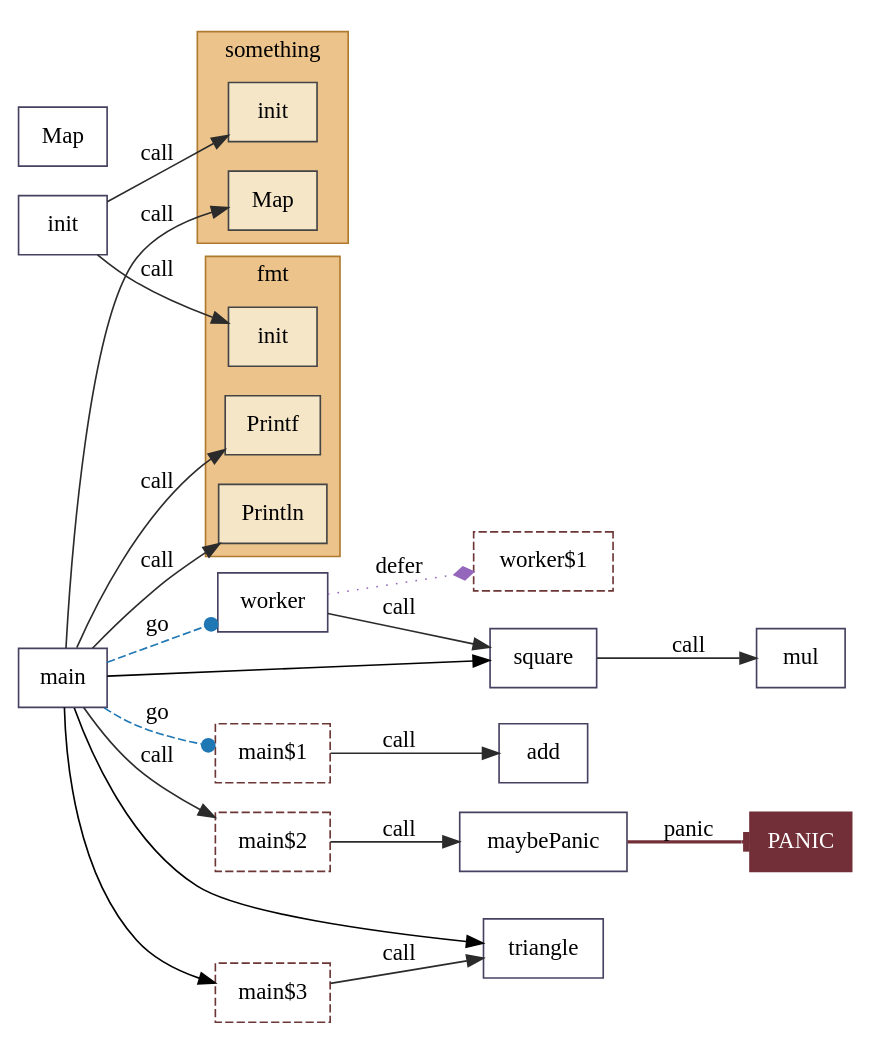
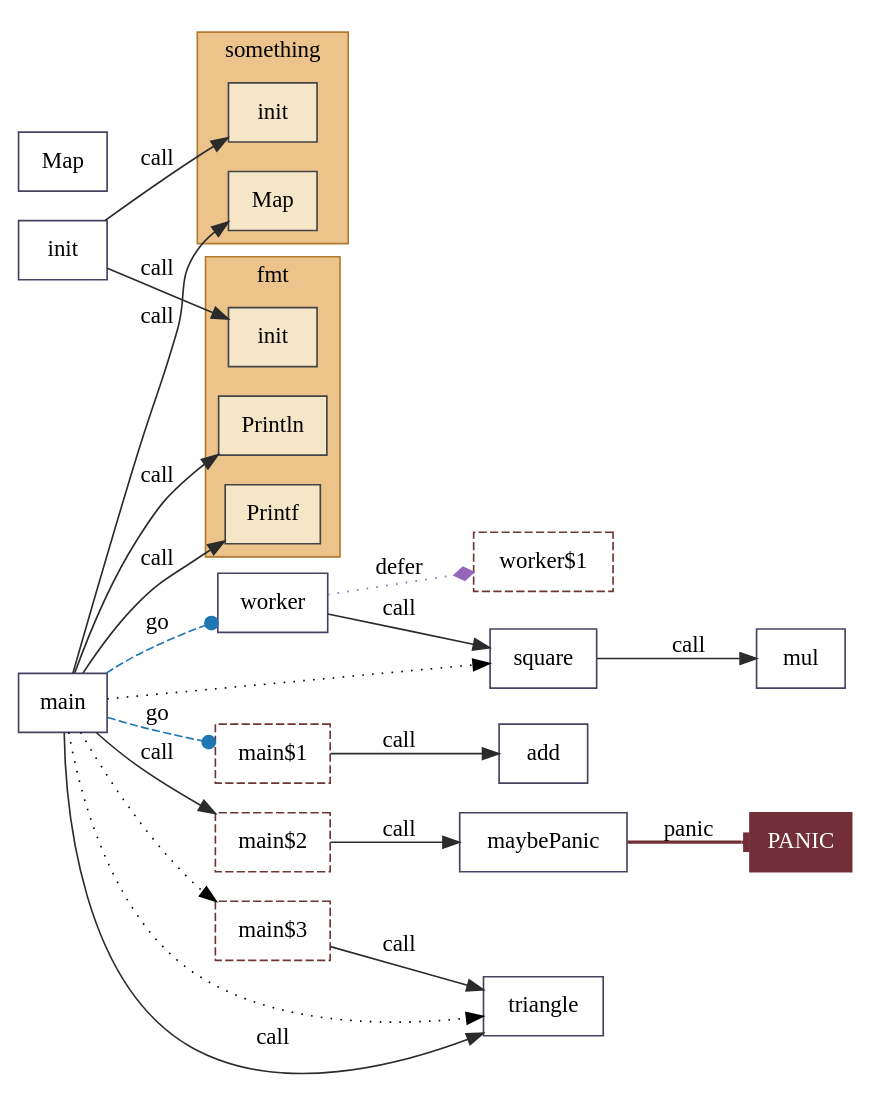
Before and after one commit to KeithFarrugia/go-callstat: the diagram in output/dotfiles/example.com_depusagetest.dot, drawn with Graphviz. The commit also changed 11 other files, not shown here.

```diff
--- a/output/dotfiles/example.com_depusagetest.dot
+++ b/output/dotfiles/example.com_depusagetest.dot
@@ -1,56 +1,57 @@
 digraph "" {
   rankdir=LR;
   subgraph "cluster_example.com/depusagetest/something" {
     label="something";
     color="#af7a2e";
     fillcolor="#ebc38b";
     labelfontname="Cascadia-Mono";
     style="filled";
     tooltip="example.com/depusagetest/something";
-    "ext_4577" [color="#444444", fillcolor="#f5e6c8", label="init", shape="box", style="filled", tooltip="example.com/depusagetest/something.init"];
-    "ext_4570" [color="#444444", fillcolor="#f5e6c8", label="Map", shape="box", style="filled", tooltip="example.com/depusagetest/something.Map"];
+    "ext_2364" [URL="pkg://example.com/depusagetest/something", color="#444444", fillcolor="#f5e6c8", label="init", shape="box", style="filled", tooltip="example.com/depusagetest/something.init"];
+    "ext_2376" [URL="pkg://example.com/depusagetest/something", color="#444444", fillcolor="#f5e6c8", label="Map", shape="box", style="filled", tooltip="example.com/depusagetest/something.Map"];
   }
   subgraph "cluster_fmt" {
     label="fmt";
     color="#af7a2e";
     fillcolor="#ebc38b";
     labelfontname="Cascadia-Mono";
     style="filled";
     tooltip="fmt";
-    "ext_4560" [color="#444444", fillcolor="#f5e6c8", label="Printf", shape="box", style="filled", tooltip="fmt.Printf"];
-    "ext_4573" [color="#444444", fillcolor="#f5e6c8", label="init", shape="box", style="filled", tooltip="fmt.init"];
-    "ext_4470" [color="#444444", fillcolor="#f5e6c8", label="Println", shape="box", style="filled", tooltip="fmt.Println"];
+    "ext_1704" [URL="pkg://fmt", color="#444444", fillcolor="#f5e6c8", label="Println", shape="box", style="filled", tooltip="fmt.Println"];
+    "ext_1570" [URL="pkg://fmt", color="#444444", fillcolor="#f5e6c8", label="Printf", shape="box", style="filled", tooltip="fmt.Printf"];
+    "ext_1743" [URL="pkg://fmt", color="#444444", fillcolor="#f5e6c8", label="init", shape="box", style="filled", tooltip="fmt.init"];
   }
-  "n4459" [color="#484061", label="Map", shape="box", style="solid", tooltip="example.com/depusagetest.Map"];
-  "n4460" [color="#484061", label="main", shape="box", style="solid", tooltip="example.com/depusagetest.main"];
-  "n4461" [color="#484061", label="worker", shape="box", style="solid", tooltip="example.com/depusagetest.worker"];
-  "n4462" [color="#6c3636", label="worker$1", shape="box", style="dashed", tooltip="example.com/depusagetest.worker$1"];
-  "n4463" [color="#484061", label="square", shape="box", style="solid", tooltip="example.com/depusagetest.square"];
-  "n4464" [color="#484061", label="mul", shape="box", style="solid", tooltip="example.com/depusagetest.mul"];
-  "n4465" [color="#6c3636", label="main$1", shape="box", style="dashed", tooltip="example.com/depusagetest.main$1"];
-  "n4466" [color="#484061", label="add", shape="box", style="solid", tooltip="example.com/depusagetest.add"];
-  "n4467" [color="#6c3636", label="main$2", shape="box", style="dashed", tooltip="example.com/depusagetest.main$2"];
-  "n4468" [color="#484061", label="maybePanic", shape="box", style="solid", tooltip="example.com/depusagetest.maybePanic"];
-  "n4469" [color="#484061", label="triangle", shape="box", style="solid", tooltip="example.com/depusagetest.triangle"];
-  "n4571" [color="#6c3636", label="main$3", shape="box", style="dashed", tooltip="example.com/depusagetest.main$3"];
-  "n4572" [color="#484061", label="init", shape="box", style="solid", tooltip="example.com/depusagetest.init"];
+  "n2363" [color="#484061", label="init", shape="box", style="solid", tooltip="example.com/depusagetest.init"];
+  "n2365" [color="#484061", label="add", shape="box", style="solid", tooltip="example.com/depusagetest.add"];
+  "n2366" [color="#484061", label="triangle", shape="box", style="solid", tooltip="example.com/depusagetest.triangle"];
+  "n2367" [color="#484061", label="maybePanic", shape="box", style="solid", tooltip="example.com/depusagetest.maybePanic"];
+  "n2368" [color="#484061", label="Map", shape="box", style="solid", tooltip="example.com/depusagetest.Map"];
+  "n2369" [color="#484061", label="mul", shape="box", style="solid", tooltip="example.com/depusagetest.mul"];
+  "n2370" [color="#484061", label="square", shape="box", style="solid", tooltip="example.com/depusagetest.square"];
+  "n2371" [color="#484061", label="worker", shape="box", style="solid", tooltip="example.com/depusagetest.worker"];
+  "n2372" [color="#6c3636", label="worker$1", shape="box", style="dashed", tooltip="example.com/depusagetest.worker$1"];
+  "n2373" [color="#484061", label="main", shape="box", style="solid", tooltip="example.com/depusagetest.main"];
+  "n2374" [color="#6c3636", label="main$1", shape="box", style="dashed", tooltip="example.com/depusagetest.main$1"];
+  "n2375" [color="#6c3636", label="main$2", shape="box", style="dashed", tooltip="example.com/depusagetest.main$2"];
+  "n2377" [color="#6c3636", label="main$3", shape="box", style="dashed", tooltip="example.com/depusagetest.main$3"];
   "panic_sink" [color="#722f37", fontcolor="white", label="PANIC", shape="box", style="filled", tooltip="panic_sink"];
-  "n4468" -> "panic_sink" [arrowhead="tee", color="#722f37", label="panic", style="bold", tooltip="panic t1"];
-  "n4467" -> "n4468" [arrowhead="normal", color="#2b2b2b", label="call", style="solid", tooltip="maybePanic(v)"];
-  "n4463" -> "n4464" [arrowhead="normal", color="#2b2b2b", label="call", style="solid", tooltip="mul(x, x)"];
-  "n4572" -> "ext_4573" [arrowhead="normal", color="#2b2b2b", label="call", style="solid", tooltip="fmt.init()"];
-  "n4572" -> "ext_4577" [arrowhead="normal", color="#2b2b2b", label="call", style="solid", tooltip="example.com/depusagetest/something.init()"];
-  "n4571" -> "n4469" [arrowhead="normal", color="#2b2b2b", label="call", style="solid", tooltip="triangle(h, 3:float32)"];
-  "n4461" -> "n4462" [arrowhead="diamond", color="#9467bd", label="defer", style="dotted", tooltip="deferred defer t1()"];
-  "n4461" -> "n4463" [arrowhead="normal", color="#2b2b2b", label="call", style="solid", tooltip="square(t4)"];
-  "n4465" -> "n4466" [arrowhead="normal", color="#2b2b2b", label="call", style="solid", tooltip="add(2:int, 3:int)"];
-  "n4460" -> "n4461" [arrowhead="dot", color="#1f77b4", label="go", style="dashed", tooltip="concurrent go worker(1:int, t4, t5)"];
-  "n4460" -> "n4465" [arrowhead="dot", color="#1f77b4", label="go", style="dashed", tooltip="concurrent go t9()"];
-  "n4460" -> "n4467" [arrowhead="normal", color="#2b2b2b", label="call", style="solid", tooltip="main$2(t12)"];
-  "n4460" -> "n4469" [arrowhead="normal", color="#000000", style="solid", tooltip="*t15 = triangle"];
-  "n4460" -> "ext_4470" [arrowhead="normal", color="#2b2b2b", label="call", style="solid", tooltip="fmt.Println(t19...)"];
-  "n4460" -> "ext_4560" [arrowhead="normal", color="#2b2b2b", label="call", style="solid", tooltip="fmt.Printf(\"Somthing %s\":string, t24...)"];
-  "n4460" -> "ext_4570" [arrowhead="normal", color="#2b2b2b", label="call", style="solid", tooltip="example.com/depusagetest/something.Map[int int](t32, square)"];
-  "n4460" -> "n4463" [arrowhead="normal", color="#000000", style="solid", tooltip="example.com/depusagetest/something.Map[int int](t32, square)"];
-  "n4460" -> "n4571" [arrowhead="normal", color="#000000", style="solid", tooltip="example.com/depusagetest/something.Map[float32 float32](t46, main$3)"];
+  "n2374" -> "n2365" [arrowhead="normal", color="#2b2b2b", label="call", style="solid", tooltip="add(2:int, 3:int)\nadd(4:int, 5:int)"];
+  "n2371" -> "n2372" [arrowhead="diamond", color="#9467bd", label="defer", style="dotted", tooltip="deferred defer t1()"];
+  "n2371" -> "n2370" [arrowhead="normal", color="#2b2b2b", label="call", style="solid", tooltip="square(t4)"];
+  "n2367" -> "panic_sink" [arrowhead="tee", color="#722f37", label="panic", style="bold", tooltip="panic t1"];
+  "n2370" -> "n2369" [arrowhead="normal", color="#2b2b2b", label="call", style="solid", tooltip="mul(x, x)"];
+  "n2373" -> "n2371" [arrowhead="dot", color="#1f77b4", label="go", style="dashed", tooltip="concurrent go worker(1:int, t4, t5)\nconcurrent go worker(2:int, t7, t8)"];
+  "n2373" -> "n2374" [arrowhead="dot", color="#1f77b4", label="go", style="dashed", tooltip="concurrent go t9()"];
+  "n2373" -> "n2375" [arrowhead="normal", color="#2b2b2b", label="call", style="solid", tooltip="main$2(t12)"];
+  "n2373" -> "n2366" [arrowhead="normal", color="#000000", style="dotted", tooltip="*t15 = triangle"];
+  "n2373" -> "ext_1704" [arrowhead="normal", color="#2b2b2b", label="call", style="solid", tooltip="fmt.Println(t19...)\nfmt.Println(t45...)\nfmt.Println(t59...)"];
+  "n2373" -> "ext_1570" [arrowhead="normal", color="#2b2b2b", label="call", style="solid", tooltip="fmt.Printf(\"Somthing %s\":string, t24...)\nfmt.Printf(\"Triangle %f\":string, t30...)"];
+  "n2373" -> "n2366" [arrowhead="normal", color="#2b2b2b", label="call", style="solid", tooltip="triangle(1:float32, 2:float32)"];
+  "n2373" -> "ext_2376" [arrowhead="normal", color="#2b2b2b", label="call", style="solid", tooltip="example.com/depusagetest/something.Map[int int](t38, square)\nexample.com/depusagetest/something.Map[float32 float32](t52, main$3)"];
+  "n2373" -> "n2370" [arrowhead="normal", color="#000000", style="dotted", tooltip="example.com/depusagetest/something.Map[int int](t38, square)"];
+  "n2373" -> "n2377" [arrowhead="normal", color="#000000", style="dotted", tooltip="example.com/depusagetest/something.Map[float32 float32](t52, main$3)"];
+  "n2377" -> "n2366" [arrowhead="normal", color="#2b2b2b", label="call", style="solid", tooltip="triangle(h, 3:float32)"];
+  "n2375" -> "n2367" [arrowhead="normal", color="#2b2b2b", label="call", style="solid", tooltip="maybePanic(v)"];
+  "n2363" -> "ext_1743" [arrowhead="normal", color="#2b2b2b", label="call", style="solid", tooltip="fmt.init()"];
+  "n2363" -> "ext_2364" [arrowhead="normal", color="#2b2b2b", label="call", style="solid", tooltip="example.com/depusagetest/something.init()"];
 }
```
